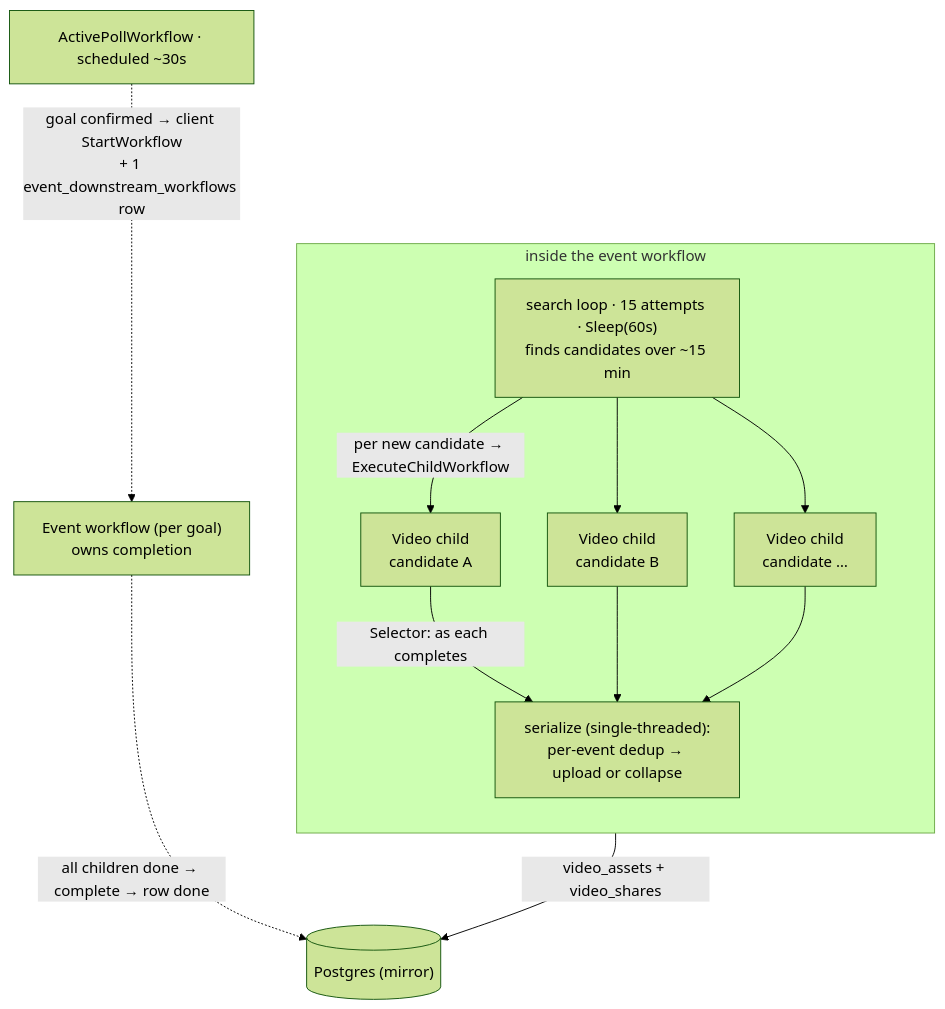
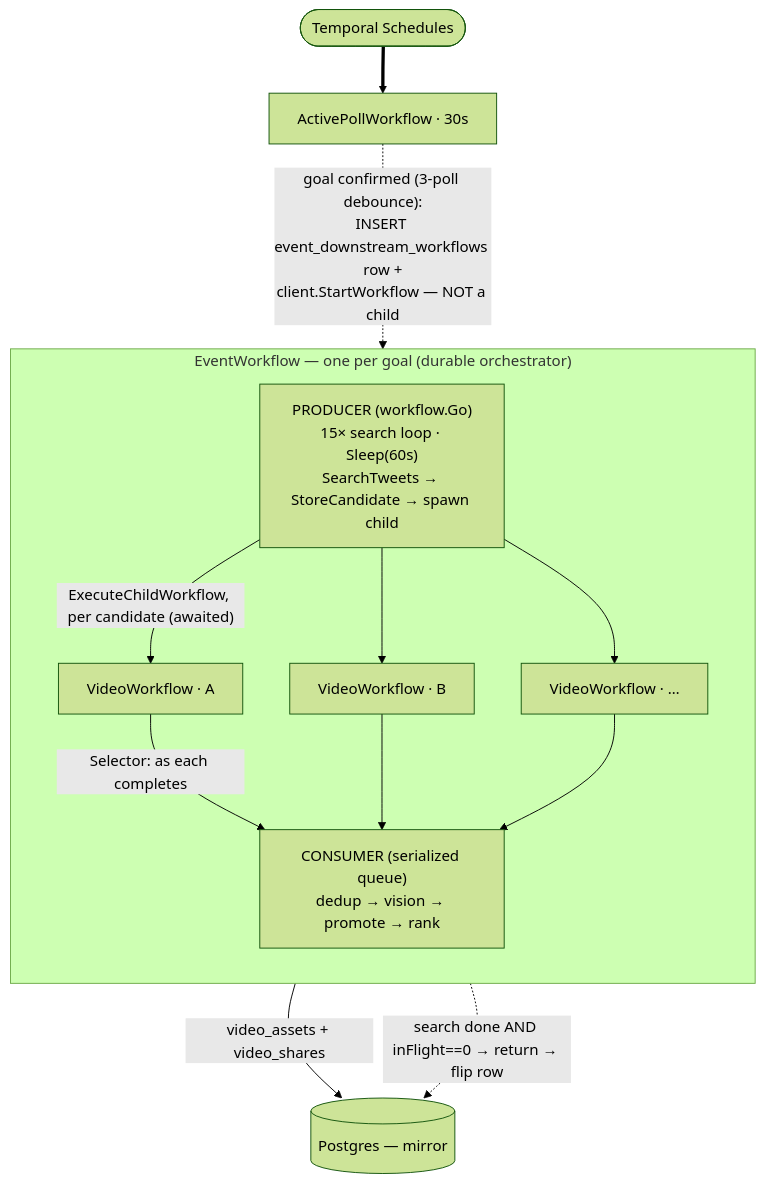
Before and after one commit to vedantadhobley/found-footy: the diagram in docs/design/v-phase-orchestration.md, drawn with Mermaid (forest theme). The commit also changed other lines of this file, not shown here.

First line of the commit message:
docs(vision): V-phase orchestration design snapshot (EventWorkflow)

````diff
--- a/docs/design/v-phase-orchestration.md
+++ b/docs/design/v-phase-orchestration.md
@@ -68,19 +46,19 @@
 ```mermaid
 flowchart TD
-    Active["ActivePollWorkflow · scheduled ~30s"]
-    Active -.->|"goal confirmed → client StartWorkflow<br/>+ 1 event_downstream_workflows row"| EW["Event workflow (per goal)<br/>owns completion"]
+    Sched(["Temporal Schedules"]) ==> Active["ActivePollWorkflow · 30s"]
+    Active -. "goal confirmed (3-poll debounce):<br/>INSERT event_downstream_workflows row +<br/>client.StartWorkflow — NOT a child" .-> EW
 
-    subgraph EW_internal["inside the event workflow"]
+    subgraph EW["EventWorkflow — one per goal (durable orchestrator)"]
         direction TB
-        Loop["search loop · 15 attempts · Sleep(60s)<br/>finds candidates over ~15 min"]
-        Loop -->|"per new candidate → ExecuteChildWorkflow"| V1["Video child<br/>candidate A"]
-        Loop --> V2["Video child<br/>candidate B"]
-        Loop --> V3["Video child<br/>candidate …"]
-        V1 -->|"Selector: as each completes"| Join["serialize (single-threaded):<br/>per-event dedup → upload or collapse"]
-        V2 --> Join
-        V3 --> Join
+        Prod["PRODUCER (workflow.Go)<br/>15× search loop · Sleep(60s)<br/>SearchTweets → StoreCandidate → spawn child"]
+        Prod -- "ExecuteChildWorkflow, per candidate (awaited)" --> V1["VideoWorkflow · A"]
+        Prod --> V2["VideoWorkflow · B"]
+        Prod --> V3["VideoWorkflow · …"]
+        V1 -- "Selector: as each completes" --> Q["CONSUMER (serialized queue)<br/>dedup → vision → promote → rank"]
+        V2 --> Q
+        V3 --> Q
     end
 
-    Join -->|"video_assets + video_shares"| PG[("Postgres (mirror)")]
-    EW -.->|"all children done → complete → row done"| PG
+    Q -- "video_assets + video_shares" --> PG[("Postgres — mirror")]
+    EW -. "search done AND inFlight==0 → return → flip row" .-> PG
 ```
````
